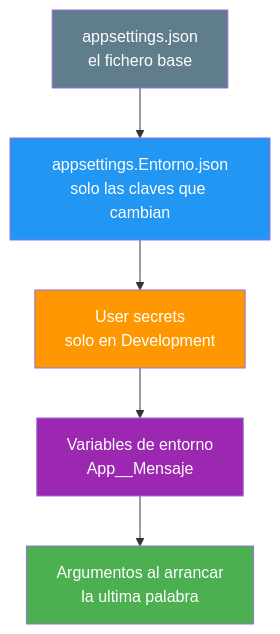
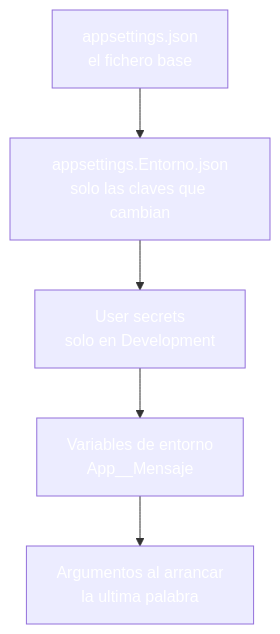
One commit to joseluisgs/DesarrolloWebEntornosServidor-03-2026-2027 changed the first of 7 diagrams in 20-configuracion-entornos.md. Above: the diagram before and after it, drawn with Mermaid. The commit also changed other lines of this file and 30 other files, not shown here.

````diff
--- a/20-configuracion-entornos.md
+++ b/20-configuracion-entornos.md
@@ -80,12 +80,12 @@
 ```mermaid
 graph TD
     A["appsettings.json<br/>el fichero base"] --> B["appsettings.Entorno.json<br/>solo las claves que cambian"]
     B --> C["User secrets<br/>solo en Development"]
     C --> D["Variables de entorno<br/>App__Mensaje"]
     D --> E["Argumentos al arrancar<br/>la ultima palabra"]
-    style A fill:#607D8B,color:#fff
-    style B fill:#2196F3,color:#fff
-    style C fill:#FF9800,color:#fff
-    style D fill:#9C27B0,color:#fff
-    style E fill:#4CAF50,color:#fff
+    style A fill:#607D8,color:#fffB,color:#fff
+    style B fill:#2196F,color:#fff3,color:#fff
+    style C fill:#FF980,color:#fff0,color:#fff
+    style D fill:#9C27B,color:#fff0,color:#fff
+    style E fill:#4CAF5,color:#fff0,color:#fff
 ```
````
